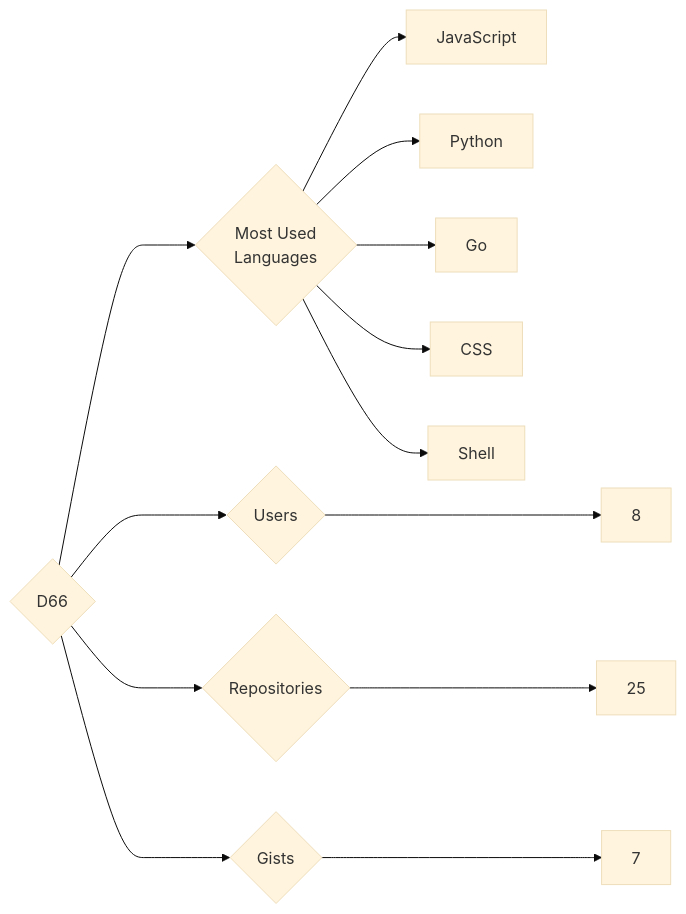
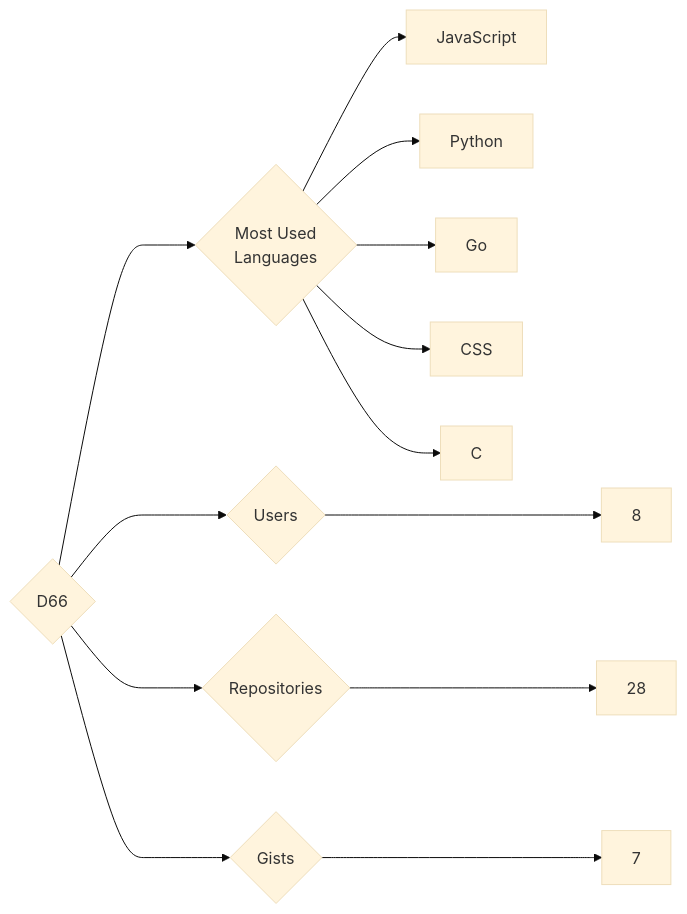
Before and after one commit to trickest/insiders: the diagram in targets/D66/README.md, drawn with Mermaid (base theme). The commit also changed 773 other files, not shown here.

````diff
--- a/targets/D66/README.md
+++ b/targets/D66/README.md
@@ -3,13 +3,13 @@
 ```mermaid
 graph LR
 COMPANY_NAME{D66}
 COMPANY_NAME ---> U{Users} ---> UN[8]
-COMPANY_NAME ---> R{Repositories} ---> RN[25]
+COMPANY_NAME ---> R{Repositories} ---> RN[28]
 COMPANY_NAME ---> G{Gists} ---> GN[7]
 COMPANY_NAME ---> ML{Most Used<br>Languages}
 ML --> JavaScript[JavaScript]
 ML --> Python[Python]
 ML --> Go[Go]
 ML --> CSS[CSS]
-ML --> Shell[Shell]
+ML --> C[C]
 ```
````
